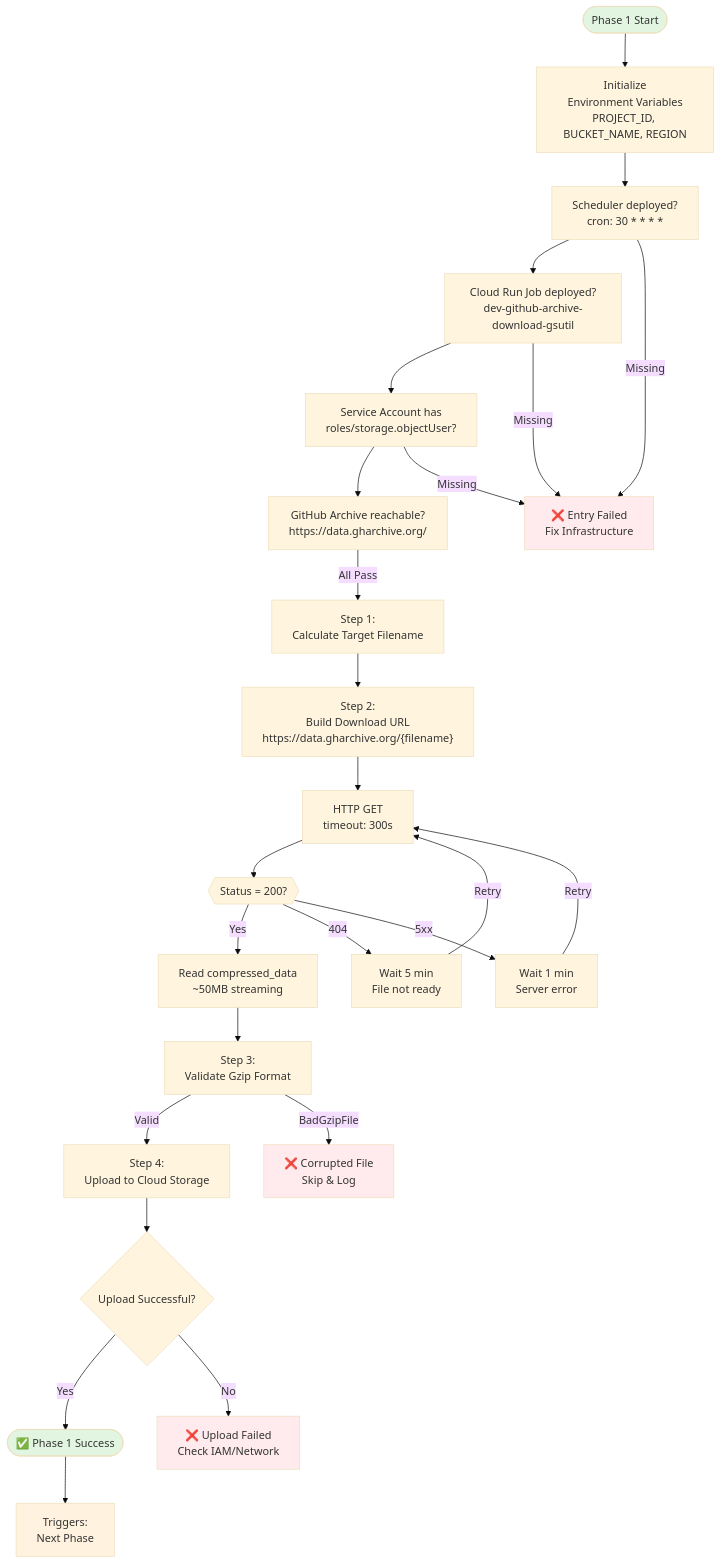
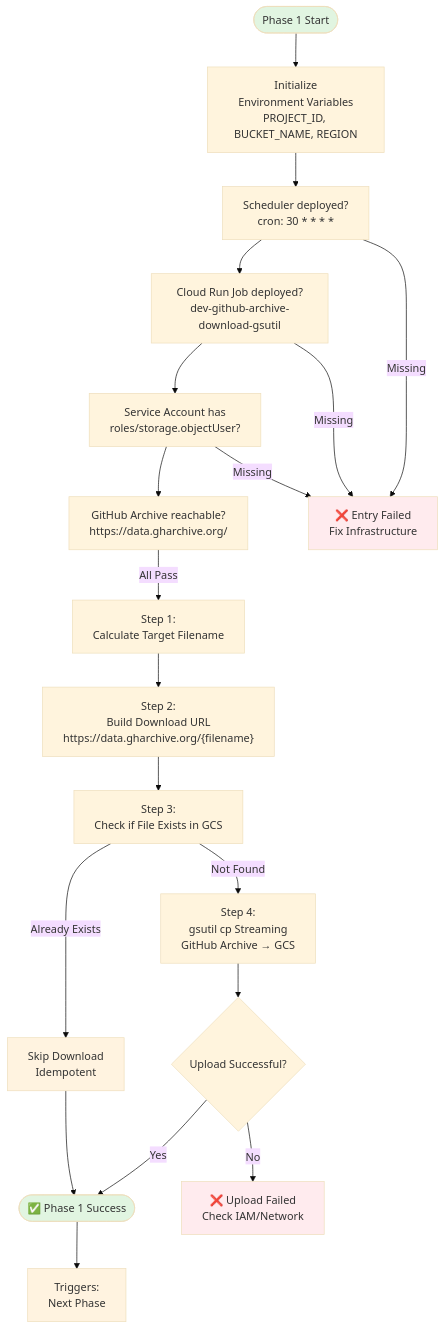
The diagram in design/github_archive/phase1_ingestion/diagrams/ingestion_01_main_flow.md (prateekpanjla-outlook/gcp_data_proc), drawn with Mermaid (base theme) before and after one commit. The commit also changed 4 other files, not shown here.

First line of the commit message:
docs: update Phase 1 diagrams to reflect gsutil streaming implementation

````diff
--- a/design/github_archive/phase1_ingestion/diagrams/ingestion_01_main_flow.md
+++ b/design/github_archive/phase1_ingestion/diagrams/ingestion_01_main_flow.md
@@ -3,43 +3,34 @@
 ```mermaid
 graph TD
     Start([Phase 1 Start]) --> Init[Initialize<br>Environment Variables<br>PROJECT_ID, BUCKET_NAME, REGION]
 
     Init --> E1[Scheduler deployed?<br>cron: 30 * * * *]
     E1 --> E2[Cloud Run Job deployed?<br>dev-github-archive-download-gsutil]
     E2 --> E3[Service Account has<br>roles/storage.objectUser?]
     E3 --> E4[GitHub Archive reachable?<br>https://data.gharchive.org/]
 
     E4 -->|All Pass| CalcFilename[Step 1:<br>Calculate Target Filename]
     E1 -->|Missing| FailEntry[❌ Entry Failed<br>Fix Infrastructure]
     E2 -->|Missing| FailEntry
     E3 -->|Missing| FailEntry
 
     CalcFilename --> BuildURL["Step 2:<br>Build Download URL<br>https://data.gharchive.org/{filename}"]
 
-    BuildURL --> HTTP[HTTP GET<br>timeout: 300s]
-    HTTP --> CheckStatus{{Status = 200?}}
+    BuildURL --> CheckExists["Step 3:<br>Check if File Exists in GCS"]
+    CheckExists -->|Already Exists| Skip[Skip Download<br>Idempotent]
+    CheckExists -->|Not Found| StreamDownload["Step 4:<br>gsutil cp Streaming<br>GitHub Archive → GCS"]
 
-    CheckStatus -->|Yes| ReadData[Read compressed_data<br>~50MB streaming]
-    CheckStatus -->|404| Wait404[Wait 5 min<br>File not ready]
-    CheckStatus -->|5xx| Wait5xx[Wait 1 min<br>Server error]
-    Wait404 -->|Retry| HTTP
-    Wait5xx -->|Retry| HTTP
-
-    ReadData --> ValidateGzip[Step 3:<br>Validate Gzip Format]
-
-    ValidateGzip -->|Valid| UploadGCS[Step 4:<br>Upload to Cloud Storage]
-    ValidateGzip -->|BadGzipFile| FailValidate[❌ Corrupted File<br>Skip & Log]
-
-    UploadGCS --> Verify{Upload Successful?}
+    StreamDownload --> Verify{Upload Successful?}
     Verify -->|Yes| Success([✅ Phase 1 Success])
     Verify -->|No| FailUpload[❌ Upload Failed<br>Check IAM/Network]
 
+    Skip --> Success
     Success --> Trigger[Triggers:<br>Next Phase]
 
     style Start fill:#e1f5e1
     style Success fill:#e1f5e1
+    style Skip fill:#fff3e0
     style FailEntry fill:#ffebee
-    style FailValidate fill:#ffebee
     style FailUpload fill:#ffebee
     style Trigger fill:#fff3e0
 ```
````
